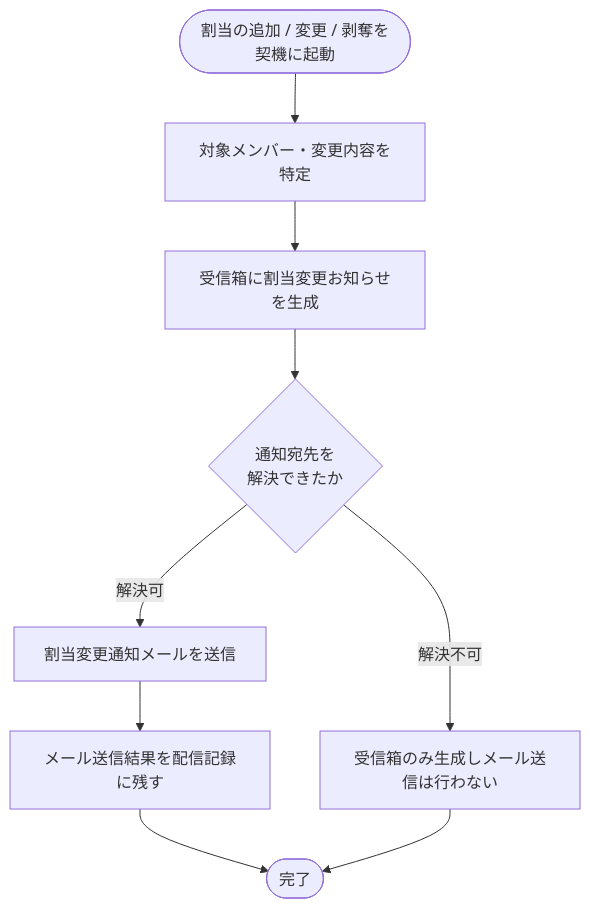
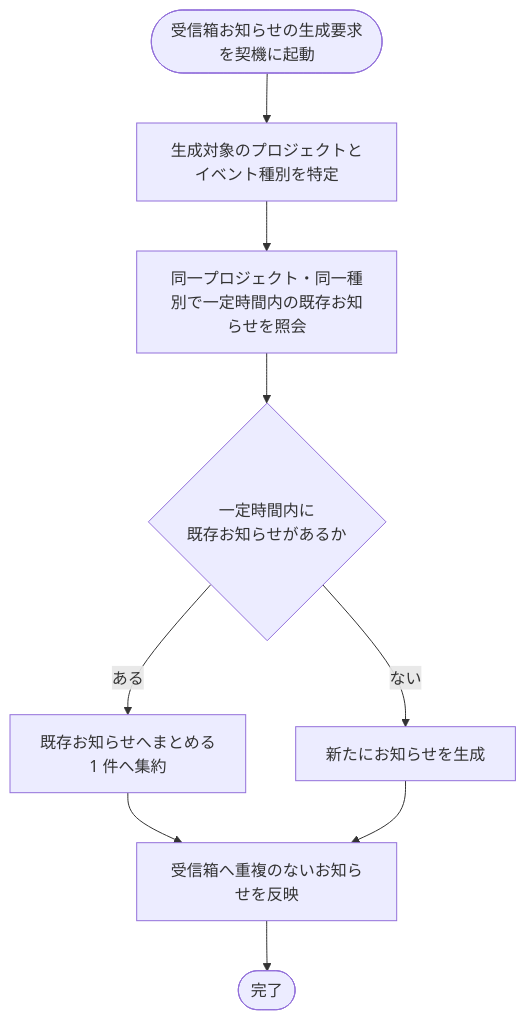
Before and after one commit to sikakou54/open-faq: the diagram in 02_basic_design/02_backend/01_system/SYS-026.md, drawn with Mermaid. The commit also changed other lines of this file and 395 other files, not shown here.

````diff
--- a/02_basic_design/02_backend/01_system/SYS-026.md
+++ b/02_basic_design/02_backend/01_system/SYS-026.md
@@ -25,11 +27,11 @@
 ```mermaid
 flowchart TB
-  S([割当の追加 / 変更 / 剥奪を契機に起動]) --> A[対象メンバー・変更内容を特定]
-  A --> B[受信箱に割当変更お知らせを生成]
-  B --> C{通知宛先を<br/>解決できたか}
-  C -- 解決可 --> D[割当変更通知メールを送信]
-  D --> E[メール送信結果を配信記録に残す]
-  C -- 解決不可 --> F[受信箱のみ生成しメール送信は行わない]
-  E --> G([完了])
-  F --> G
+  S([受信箱お知らせの生成要求を契機に起動]) --> A[生成対象のプロジェクトとイベント種別を特定]
+  A --> B[同一プロジェクト・同一種別で一定時間内の既存お知らせを照会]
+  B --> C{一定時間内に<br/>既存お知らせがあるか}
+  C -- ある --> D[既存お知らせへまとめる<br/>1 件へ集約]
+  C -- ない --> E[新たにお知らせを生成]
+  D --> F[受信箱へ重複のないお知らせを反映]
+  E --> F
+  F --> H([完了])
 ```
````
